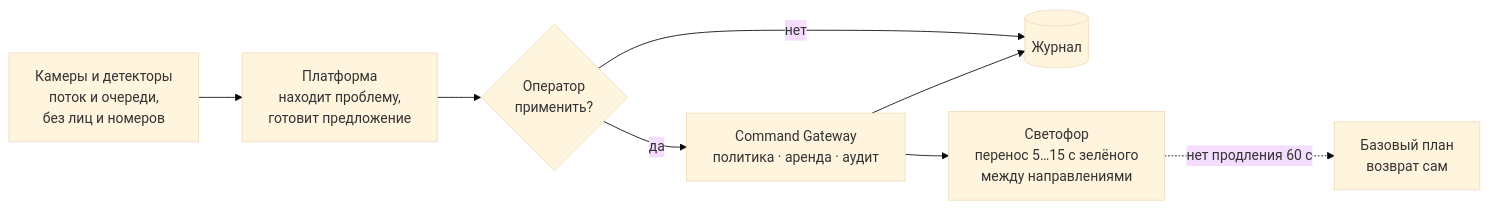
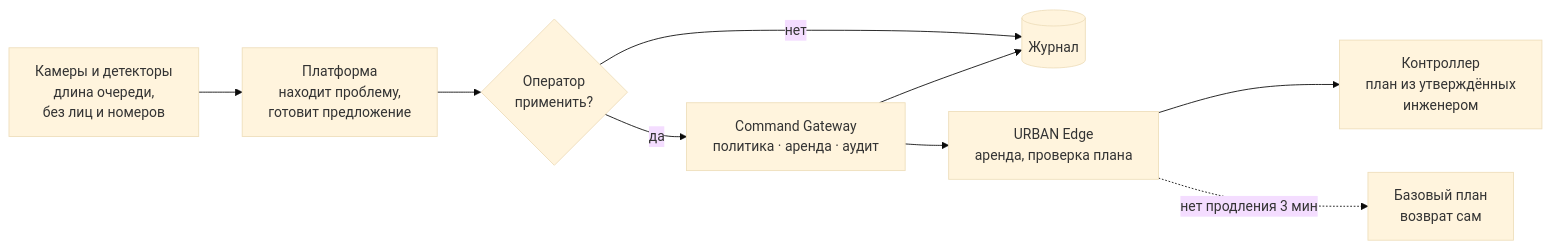
The diagram in README.md (phant0mcyber01-hud/URBAN-system_demo), drawn with Mermaid (base theme) before and after one commit. The commit also changed other lines of this file and 30 other files, not shown here.

````diff
--- a/README.md
+++ b/README.md
@@ -32,10 +32,11 @@
 ```mermaid
 flowchart LR
-    cam["Камеры и детекторы<br/>поток и очереди,<br/>без лиц и номеров"] --> ai["Платформа<br/>находит проблему,<br/>готовит предложение"]
+    cam["Камеры и детекторы<br/>длина очереди,<br/>без лиц и номеров"] --> ai["Платформа<br/>находит проблему,<br/>готовит предложение"]
     ai --> op{"Оператор<br/>применить?"}
     op -- да --> gw["Command Gateway<br/>политика · аренда · аудит"]
     op -- нет --> log[("Журнал")]
-    gw --> tl["Светофор<br/>перенос 5…15 с зелёного<br/>между направлениями"]
-    tl -. "нет продления 60 с" .-> base["Базовый план<br/>возврат сам"]
+    gw --> edge["URBAN Edge<br/>аренда, проверка плана"]
+    edge --> tl["Контроллер<br/>план из утверждённых<br/>инженером"]
+    edge -. "нет продления 3 мин" .-> base["Базовый план<br/>возврат сам"]
     gw --> log
 ```
````
